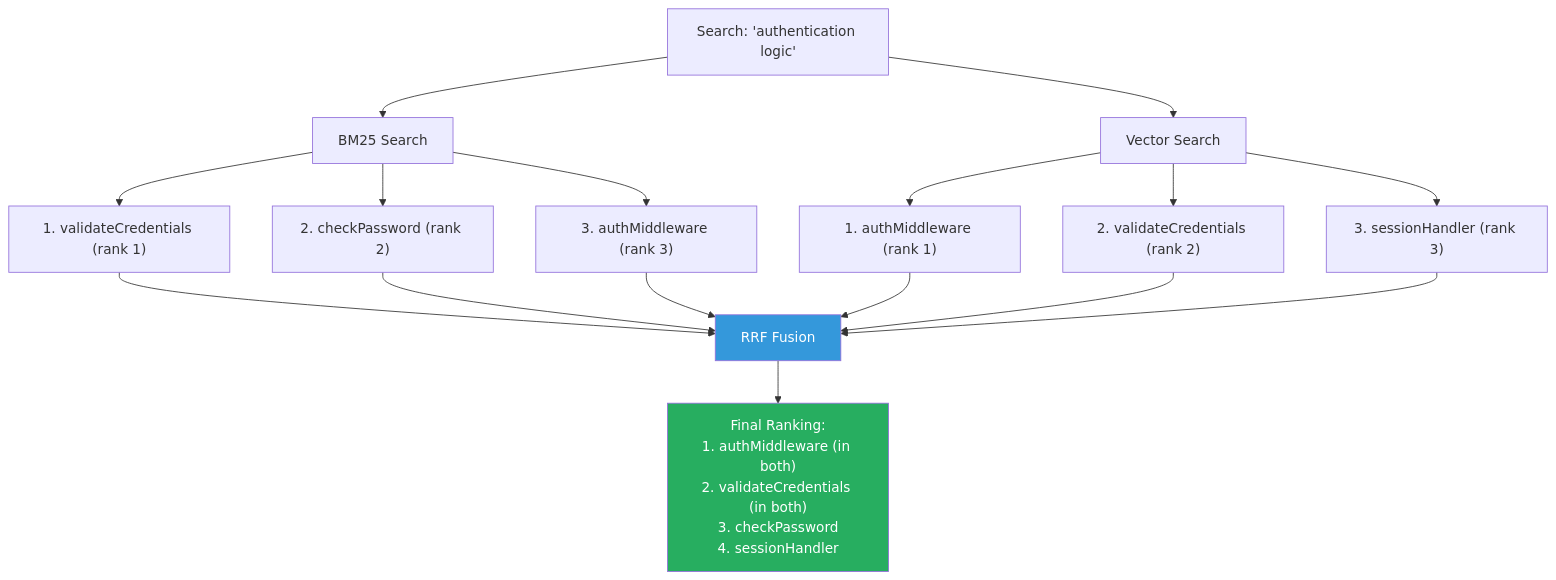
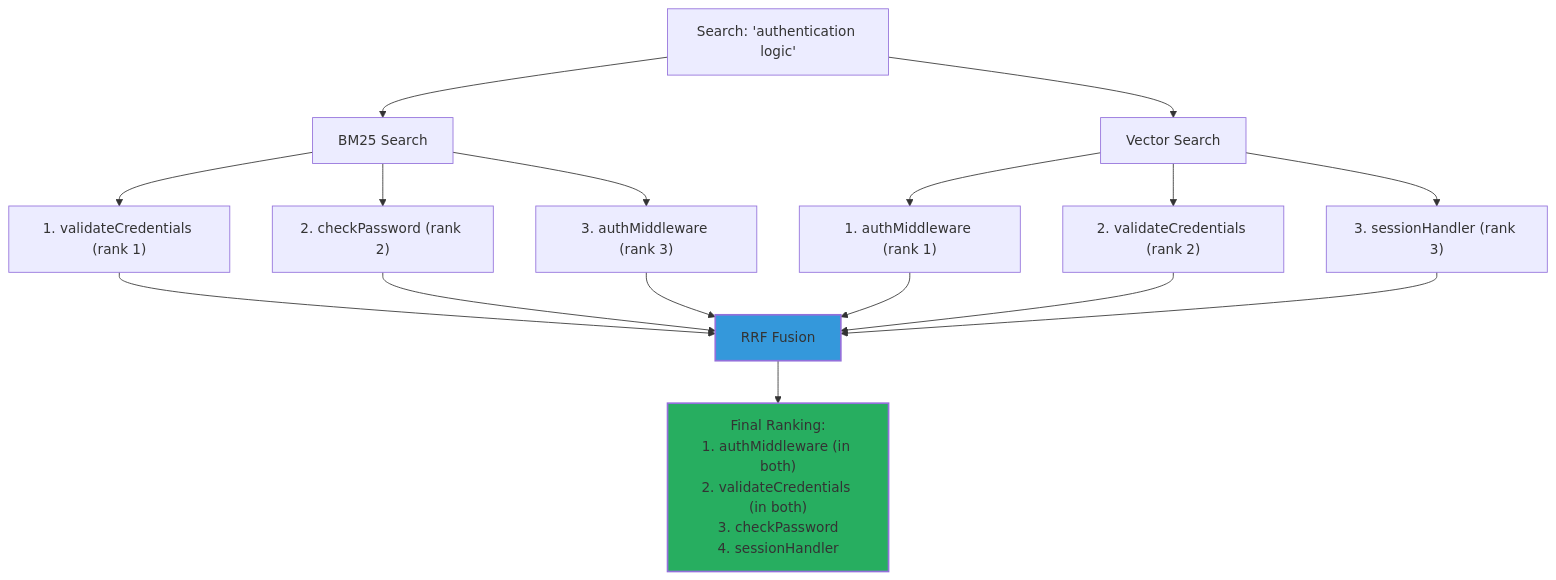
One commit to sampi02/amanmcp changed the fifth of 7 diagrams in docs/articles/black-box-architecture-case-study.md. Above: the diagram before and after it, drawn with Mermaid. The commit also changed other lines of this file and 59 other files, not shown here.

````diff
--- a/docs/articles/black-box-architecture-case-study.md
+++ b/docs/articles/black-box-architecture-case-study.md
@@ -365,27 +365,27 @@
 ```mermaid
 flowchart TB
     Query["Search: 'authentication logic'"]
 
     Query --> BM25["BM25 Search"]
     Query --> Vector["Vector Search"]
 
     BM25 --> R1["1. validateCredentials (rank 1)"]
     BM25 --> R2["2. checkPassword (rank 2)"]
     BM25 --> R3["3. authMiddleware (rank 3)"]
 
     Vector --> V1["1. authMiddleware (rank 1)"]
     Vector --> V2["2. validateCredentials (rank 2)"]
     Vector --> V3["3. sessionHandler (rank 3)"]
 
     R1 --> RRF["RRF Fusion"]
     R2 --> RRF
     R3 --> RRF
     V1 --> RRF
     V2 --> RRF
     V3 --> RRF
 
     RRF --> Final["Final Ranking:<br/>1. authMiddleware (in both)<br/>2. validateCredentials (in both)<br/>3. checkPassword<br/>4. sessionHandler"]
 
-    style RRF fill:#3498db,color:#fff
-    style Final fill:#27ae60,color:#fff
+    style RRF fill:#3498db,stroke-width:2px
+    style Final fill:#27ae60,stroke-width:2px
 ```
````
